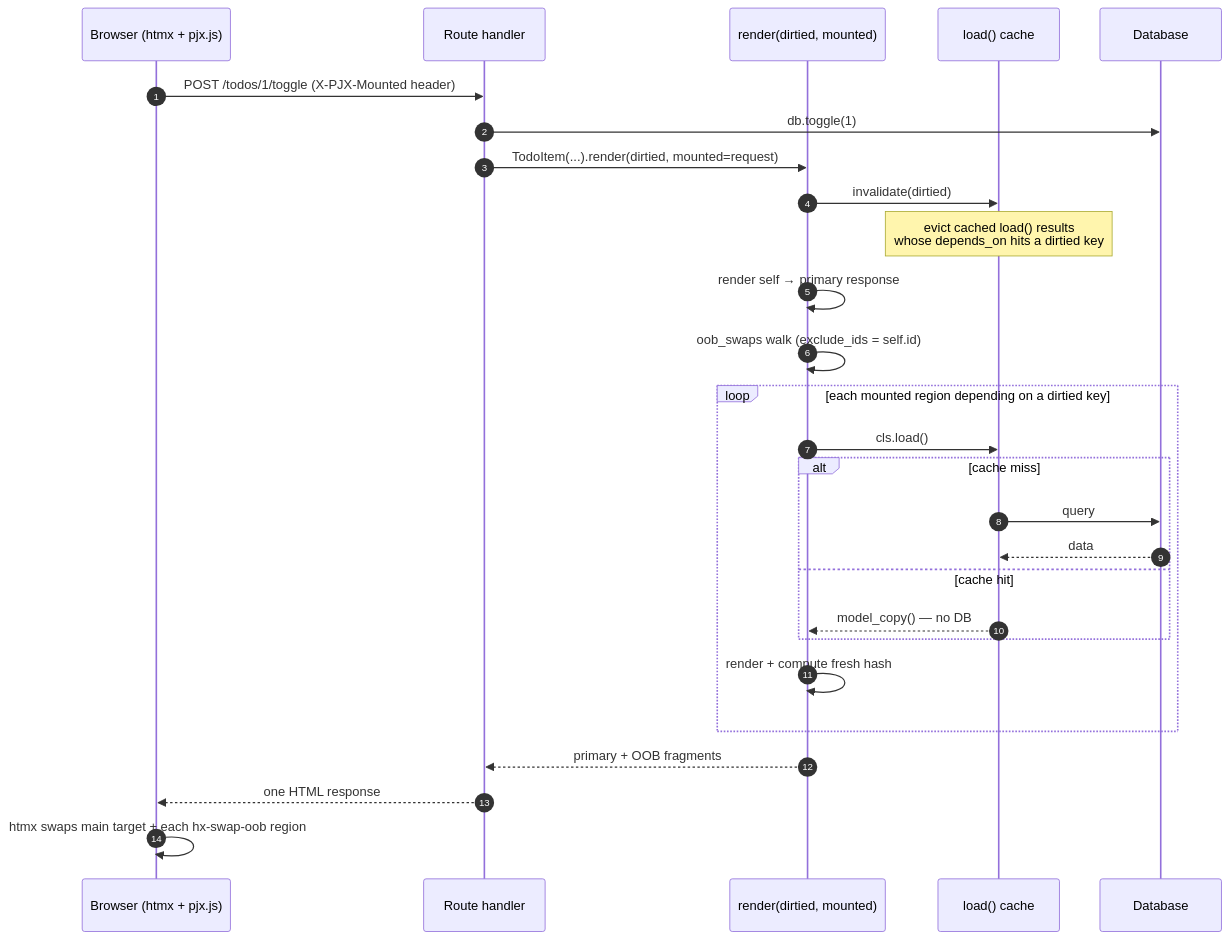
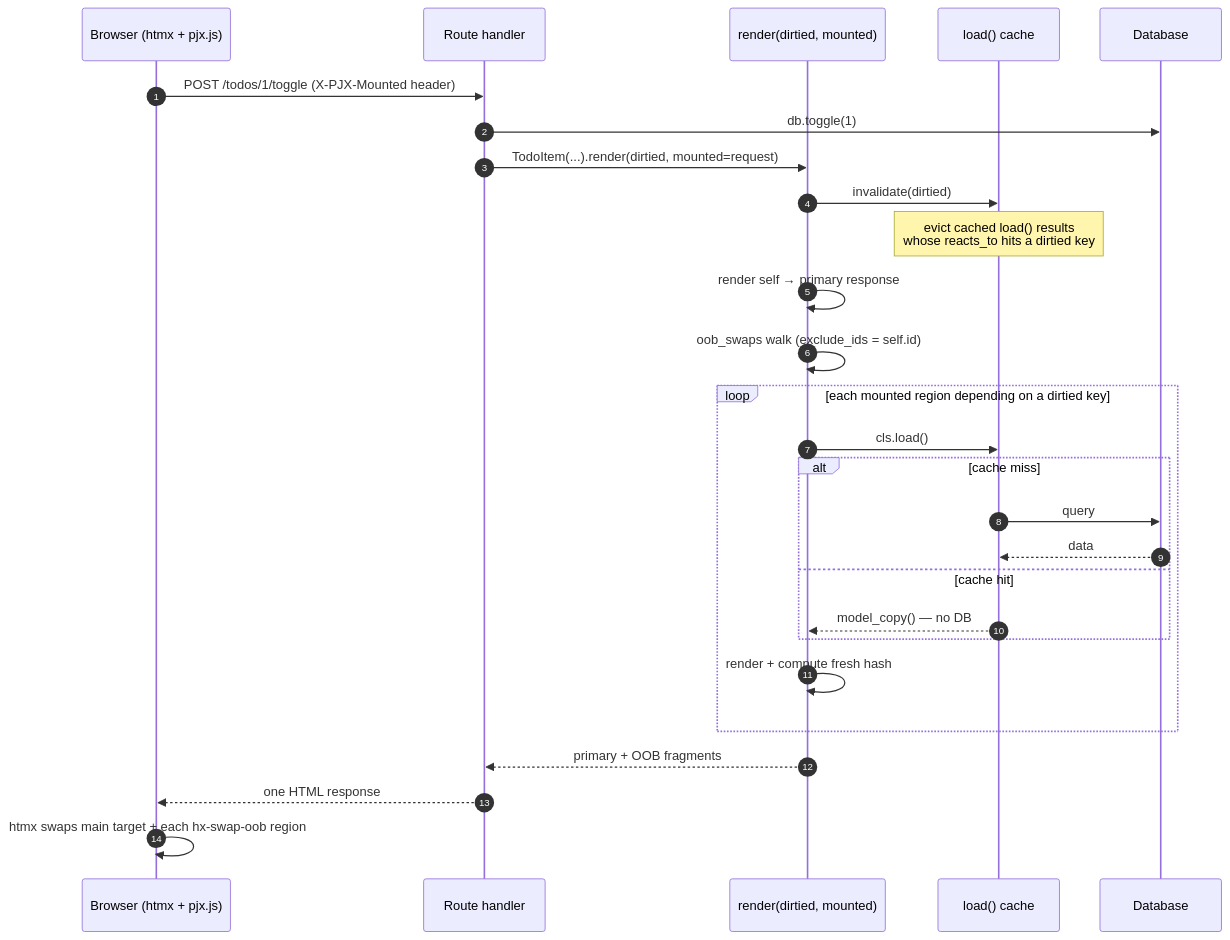
Before and after one commit to paulomtts/pyjinhx: the third of 5 diagrams in docs/reactivity.md, drawn with Mermaid. The commit also changed other lines of this file and 14 other files, not shown here.

First line of the commit message:
refactor(reactive)!: rename depends_on to reacts_to

````diff
--- a/docs/reactivity.md
+++ b/docs/reactivity.md
@@ -217,30 +221,30 @@
 ```mermaid
 sequenceDiagram
     autonumber
     participant B as Browser (htmx + pjx.js)
     participant R as Route handler
     participant RD as render(dirtied, mounted)
     participant C as load() cache
     participant DB as Database
 
     B->>R: POST /todos/1/toggle  (X-PJX-Mounted header)
     R->>DB: db.toggle(1)
     R->>RD: TodoItem(...).render(dirtied, mounted=request)
     RD->>C: invalidate(dirtied)
-    Note over C: evict cached load() results<br/>whose depends_on hits a dirtied key
+    Note over C: evict cached load() results<br/>whose reacts_to hits a dirtied key
     RD->>RD: render self → primary response
     RD->>RD: oob_swaps walk (exclude_ids = self.id)
     loop each mounted region depending on a dirtied key
         RD->>C: cls.load()
         alt cache miss
             C->>DB: query
             DB-->>C: data
         else cache hit
             C-->>RD: model_copy() — no DB
         end
         RD->>RD: render + compute fresh hash
     end
     RD-->>R: primary + OOB fragments
     R-->>B: one HTML response
     B->>B: htmx swaps main target + each hx-swap-oob region
 ```
````
